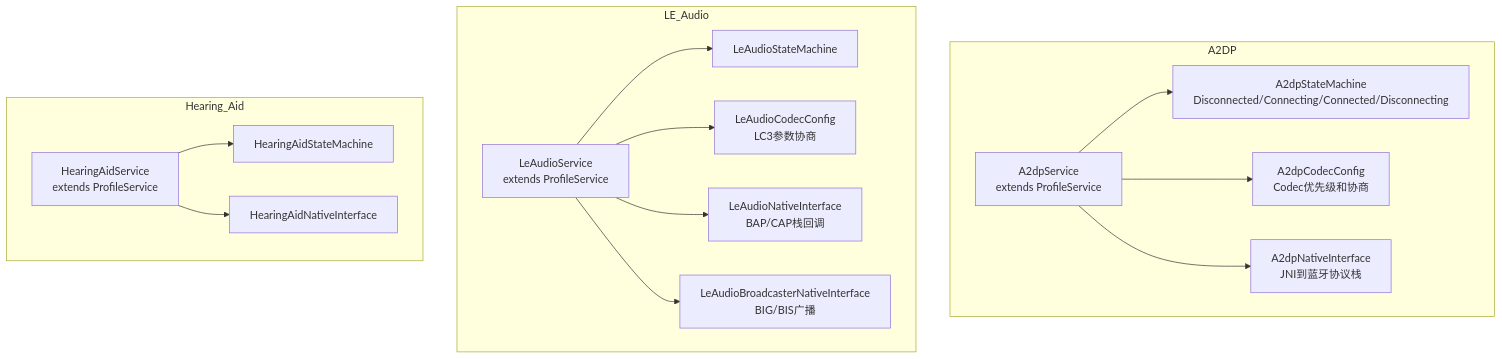
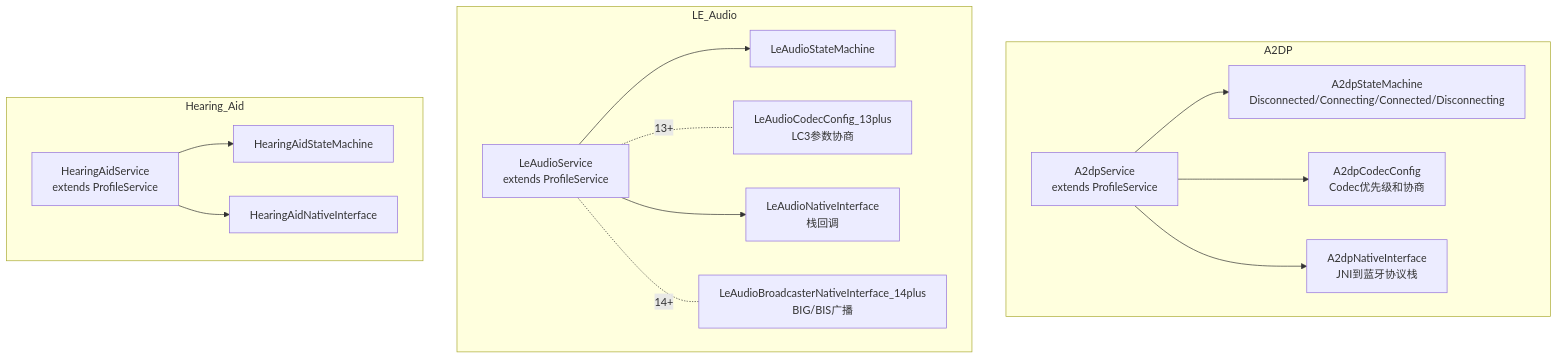
One commit to yanglinzhen1022/SA8295_AAOS_QNX_Audio_KnowledgeBase changed the fifth of 5 diagrams in 14_Bluetooth_Audio/14_14.1_蓝牙音频协议总览.md. Above: the diagram before and after it, drawn with Mermaid. The commit also changed other lines of this file and 10 other files, not shown here.

````diff
--- a/14_Bluetooth_Audio/14_14.1_蓝牙音频协议总览.md
+++ b/14_Bluetooth_Audio/14_14.1_蓝牙音频协议总览.md
@@ -235,32 +235,32 @@
 ```mermaid
 graph TB
     subgraph A2DP
         A2DP_SVC[A2dpService<br>extends ProfileService]
         A2DP_SM[A2dpStateMachine<br>Disconnected/Connecting/Connected/Disconnecting]
         A2DP_CODEC[A2dpCodecConfig<br>Codec优先级和协商]
         A2DP_NI[A2dpNativeInterface<br>JNI到蓝牙协议栈]
         A2DP_SVC --> A2DP_SM
         A2DP_SVC --> A2DP_CODEC
         A2DP_SVC --> A2DP_NI
     end
 
     subgraph LE_Audio
         LE_SVC[LeAudioService<br>extends ProfileService]
         LE_SM[LeAudioStateMachine]
-        LE_CODEC[LeAudioCodecConfig<br>LC3参数协商]
-        LE_NI[LeAudioNativeInterface<br>BAP/CAP栈回调]
-        LE_BC_NI[LeAudioBroadcasterNativeInterface<br>BIG/BIS广播]
+        LE_CODEC[LeAudioCodecConfig_13plus<br>LC3参数协商]
+        LE_NI[LeAudioNativeInterface<br>栈回调]
+        LE_BC_NI[LeAudioBroadcasterNativeInterface_14plus<br>BIG/BIS广播]
         LE_SVC --> LE_SM
-        LE_SVC --> LE_CODEC
+        LE_SVC -.13+.- LE_CODEC
         LE_SVC --> LE_NI
-        LE_SVC --> LE_BC_NI
+        LE_SVC -.14+.- LE_BC_NI
     end
 
     subgraph Hearing_Aid
         HA_SVC[HearingAidService<br>extends ProfileService]
         HA_SM[HearingAidStateMachine]
         HA_NI[HearingAidNativeInterface]
         HA_SVC --> HA_SM
         HA_SVC --> HA_NI
     end
 ```
````
